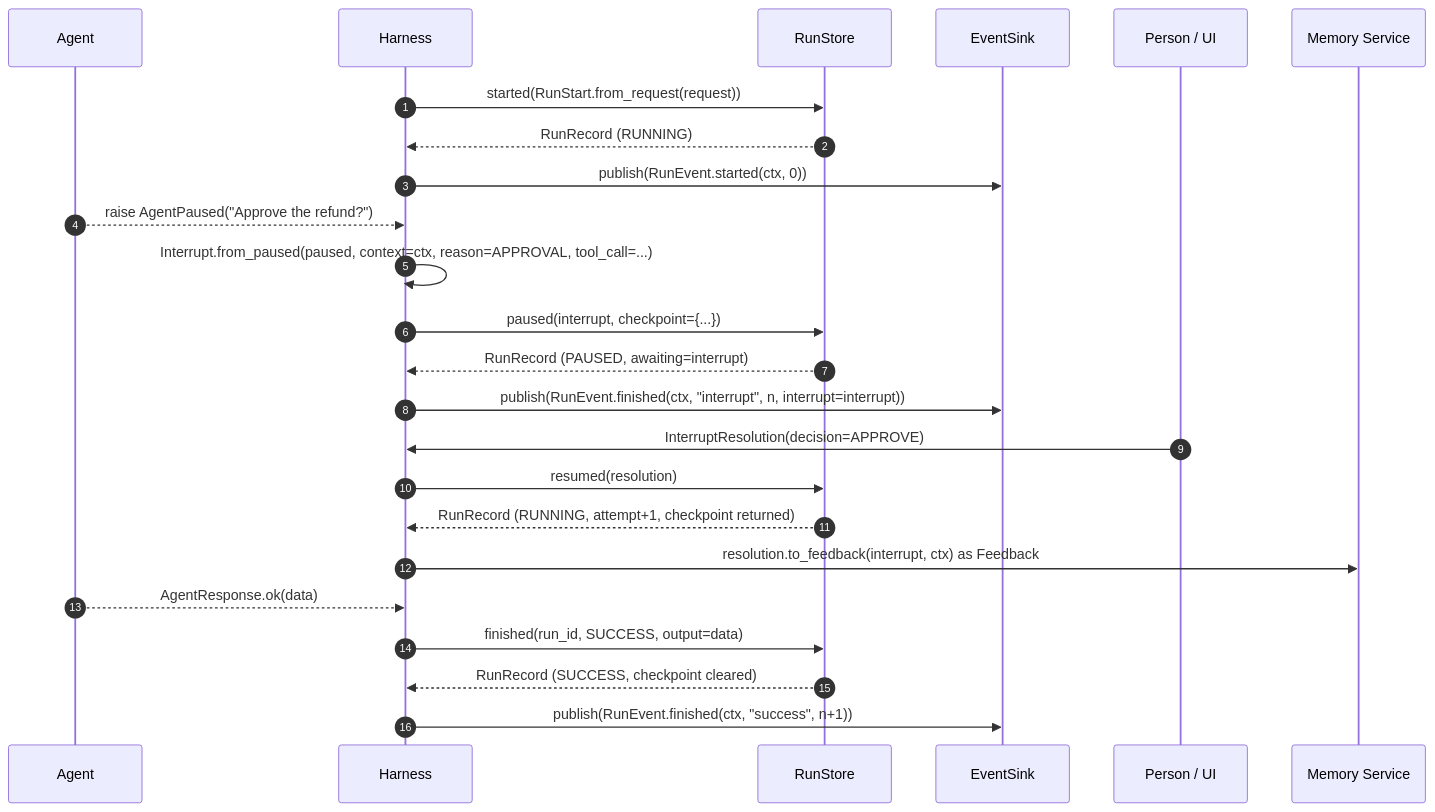
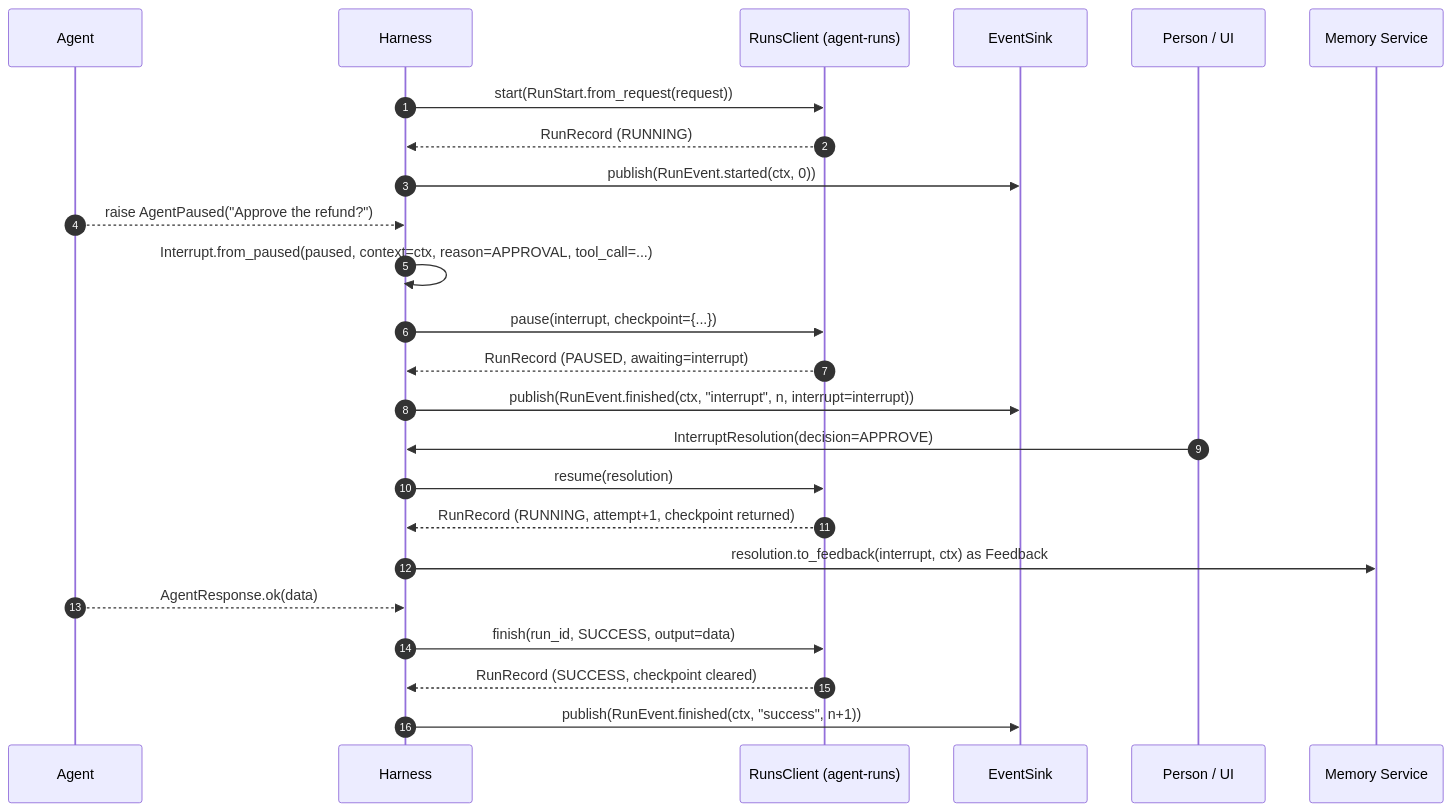
One commit to amitmohapatra/agent-contracts changed the fifth of 11 diagrams in docs/ARCHITECTURE.md. Above: the diagram before and after it, drawn with Mermaid. The commit also changed other lines of this file and 10 other files, not shown here.

First line of the commit message:
Delete the dead RunStore port; runs use trellis.runs verbs (0.5.0) (#4)

````diff
--- a/docs/ARCHITECTURE.md
+++ b/docs/ARCHITECTURE.md
@@ -184,27 +188,27 @@
 ```mermaid
 sequenceDiagram
   autonumber
   participant A as Agent
   participant H as Harness
-  participant S as RunStore
+  participant S as RunsClient (agent-runs)
   participant E as EventSink
   participant P as Person / UI
   participant M as Memory Service
 
-  H->>S: started(RunStart.from_request(request))
+  H->>S: start(RunStart.from_request(request))
   S-->>H: RunRecord (RUNNING)
   H->>E: publish(RunEvent.started(ctx, 0))
   A-->>H: raise AgentPaused("Approve the refund?")
   H->>H: Interrupt.from_paused(paused, context=ctx, reason=APPROVAL, tool_call=...)
-  H->>S: paused(interrupt, checkpoint={...})
+  H->>S: pause(interrupt, checkpoint={...})
   S-->>H: RunRecord (PAUSED, awaiting=interrupt)
   H->>E: publish(RunEvent.finished(ctx, "interrupt", n, interrupt=interrupt))
   P->>H: InterruptResolution(decision=APPROVE)
-  H->>S: resumed(resolution)
+  H->>S: resume(resolution)
   S-->>H: RunRecord (RUNNING, attempt+1, checkpoint returned)
   H->>M: resolution.to_feedback(interrupt, ctx) as Feedback
   A-->>H: AgentResponse.ok(data)
-  H->>S: finished(run_id, SUCCESS, output=data)
+  H->>S: finish(run_id, SUCCESS, output=data)
   S-->>H: RunRecord (SUCCESS, checkpoint cleared)
   H->>E: publish(RunEvent.finished(ctx, "success", n+1))
 ```
````
